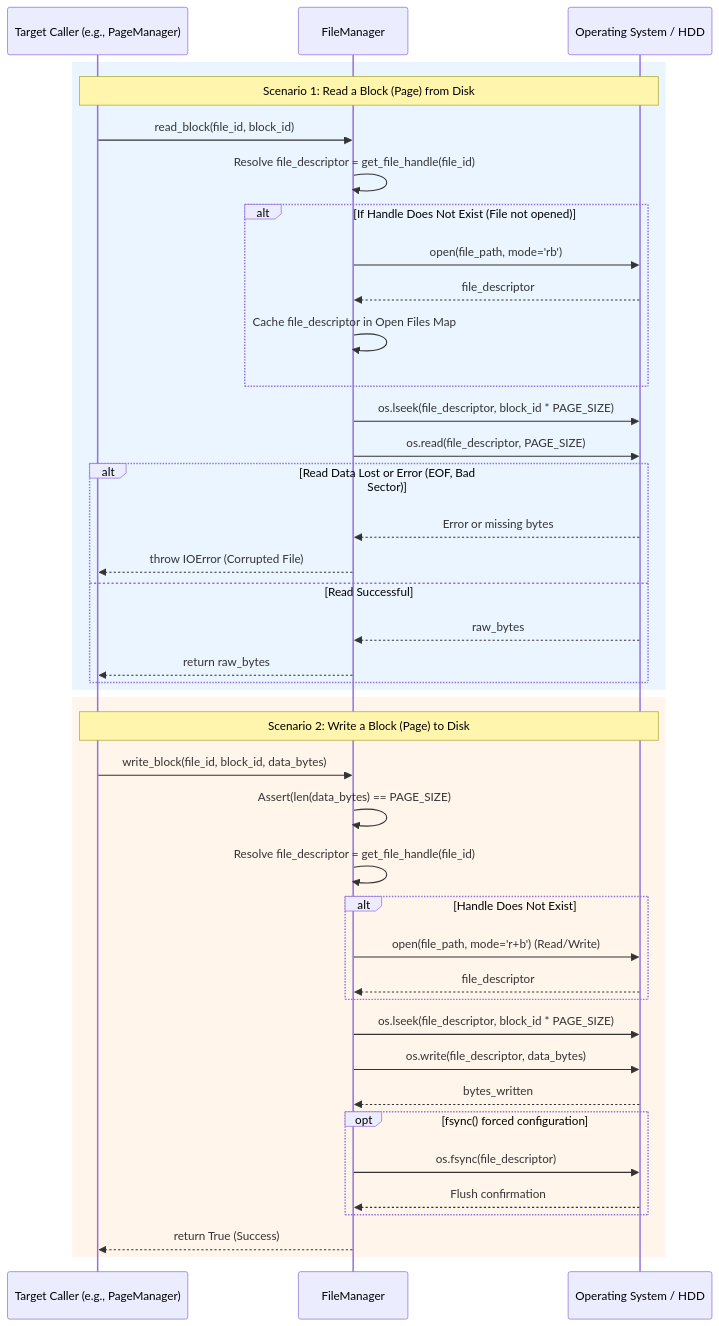
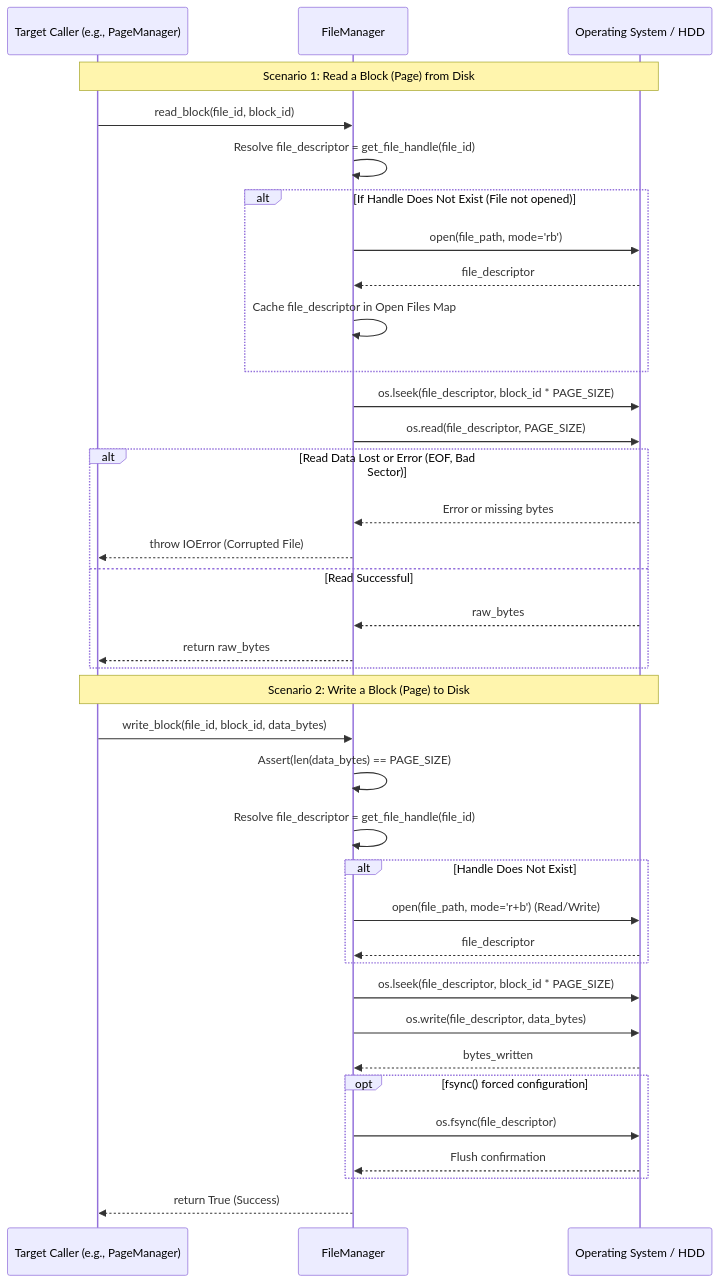
The diagram in Layer_2/file_manager_read_write.md (Ricky13170/DBMS), drawn with Mermaid before and after one commit.

````diff
--- a/Layer_2/file_manager_read_write.md
+++ b/Layer_2/file_manager_read_write.md
@@ -5,60 +5,56 @@
 ```mermaid
 sequenceDiagram
     participant PM as Target Caller (e.g., PageManager)
     participant FM as FileManager
     participant OS as Operating System / HDD
 
     %% --------- READ FILE SCENARIO ---------
-    rect rgb(235, 245, 255)
     Note over PM,OS: Scenario 1: Read a Block (Page) from Disk
     PM->>FM: read_block(file_id, block_id)
     
     %% Check handle
     FM->>FM: Resolve file_descriptor = get_file_handle(file_id)
     alt If Handle Does Not Exist (File not opened)
         FM->>OS: open(file_path, mode='rb')
         OS-->>FM: file_descriptor
         FM->>FM: Cache file_descriptor in Open Files Map
     end
     
     %% Seek pointer and Read
     FM->>OS: os.lseek(file_descriptor, block_id * PAGE_SIZE)
     FM->>OS: os.read(file_descriptor, PAGE_SIZE)
     
     alt Read Data Lost or Error (EOF, Bad Sector)
         OS-->>FM: Error or missing bytes
         FM-->>PM: throw IOError (Corrupted File)
     else Read Successful
         OS-->>FM: raw_bytes
         FM-->>PM: return raw_bytes
     end
-    end
 
     %% --------- WRITE FILE SCENARIO ---------
-    rect rgb(255, 245, 235)
     Note over PM,OS: Scenario 2: Write a Block (Page) to Disk
     PM->>FM: write_block(file_id, block_id, data_bytes)
     
     %% Check data and handle
     FM->>FM: Assert(len(data_bytes) == PAGE_SIZE)
     FM->>FM: Resolve file_descriptor = get_file_handle(file_id)
     
     alt Handle Does Not Exist
         FM->>OS: open(file_path, mode='r+b') (Read/Write)
         OS-->>FM: file_descriptor
     end
     
     %% Write
     FM->>OS: os.lseek(file_descriptor, block_id * PAGE_SIZE)
     FM->>OS: os.write(file_descriptor, data_bytes)
     OS-->>FM: bytes_written
     
     %% Ensure disk sync (Optional fsync config)
     opt fsync() forced configuration
         FM->>OS: os.fsync(file_descriptor)
         OS-->>FM: Flush confirmation
     end
     
     FM-->>PM: return True (Success)
-    end
 ```
````
